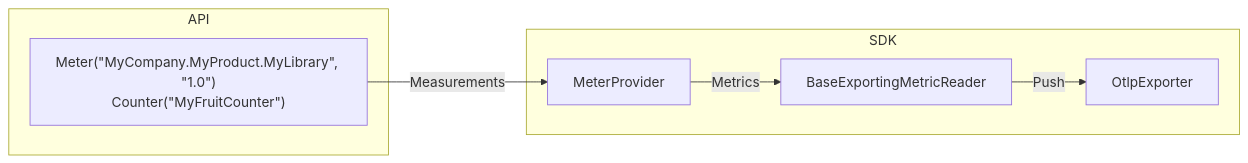
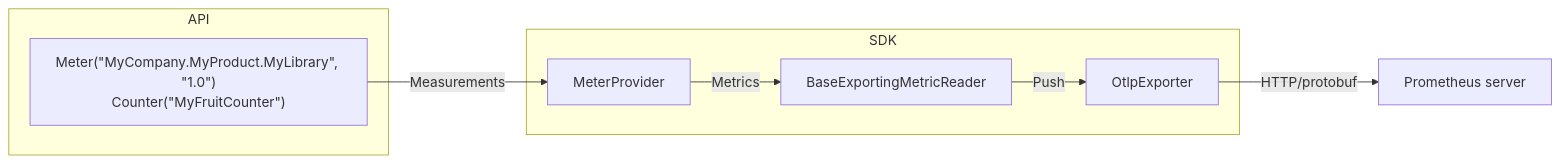
The diagram in docs/metrics/getting-started-prometheus-grafana/README.md (open-telemetry/opentelemetry-dotnet), drawn with Mermaid before and after one commit. The commit also changed other lines of this file and 2 other files, not shown here.

Commit message:
simply/improve Prometheus tutorial

````diff
--- a/docs/metrics/getting-started-prometheus-grafana/README.md
+++ b/docs/metrics/getting-started-prometheus-grafana/README.md
@@ -213,17 +39,17 @@
 ```mermaid
+graph LR
 
-graph LR
 subgraph SDK
   MeterProvider
   MetricReader[BaseExportingMetricReader]
   OtlpExporter
 end
 
 subgraph API
   Instrument["Meter(#quot;MyCompany.MyProduct.MyLibrary#quot;, #quot;1.0#quot;)<br/>Counter(#quot;MyFruitCounter#quot;)"]
 end
 
 Instrument --> | Measurements | MeterProvider
 
-MeterProvider --> | Metrics | MetricReader --> | Push | OtlpExporter
+MeterProvider --> | Metrics | MetricReader --> | Push | OtlpExporter --> | HTTP/protobuf | PrometheusServer[Prometheus server]
 ```
````
